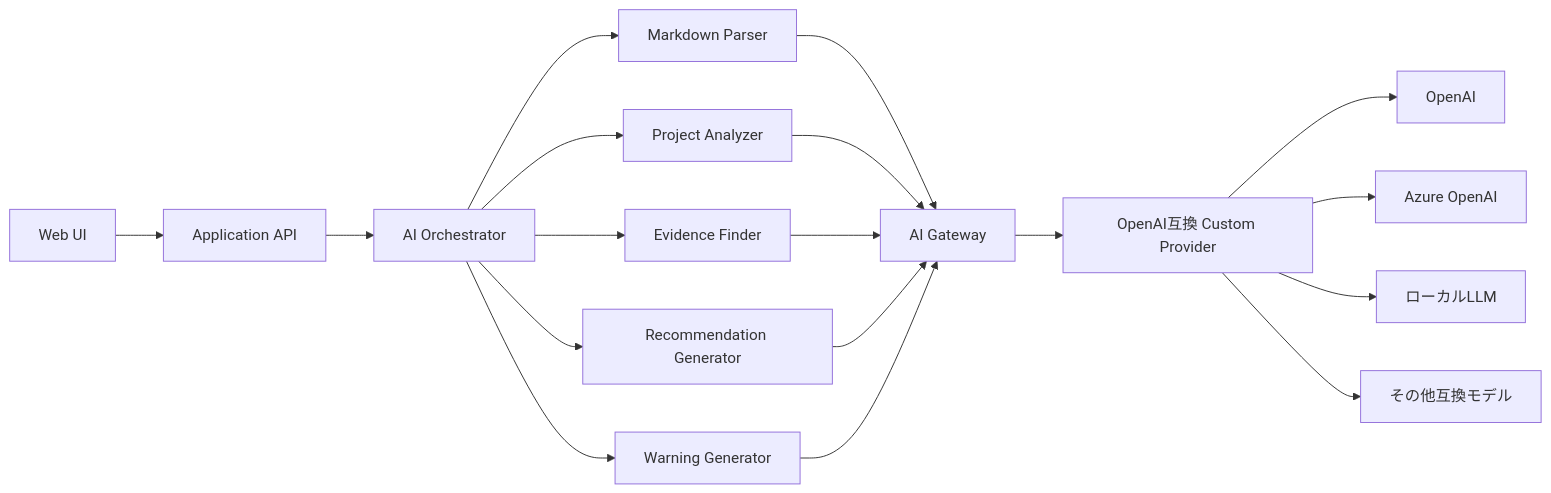
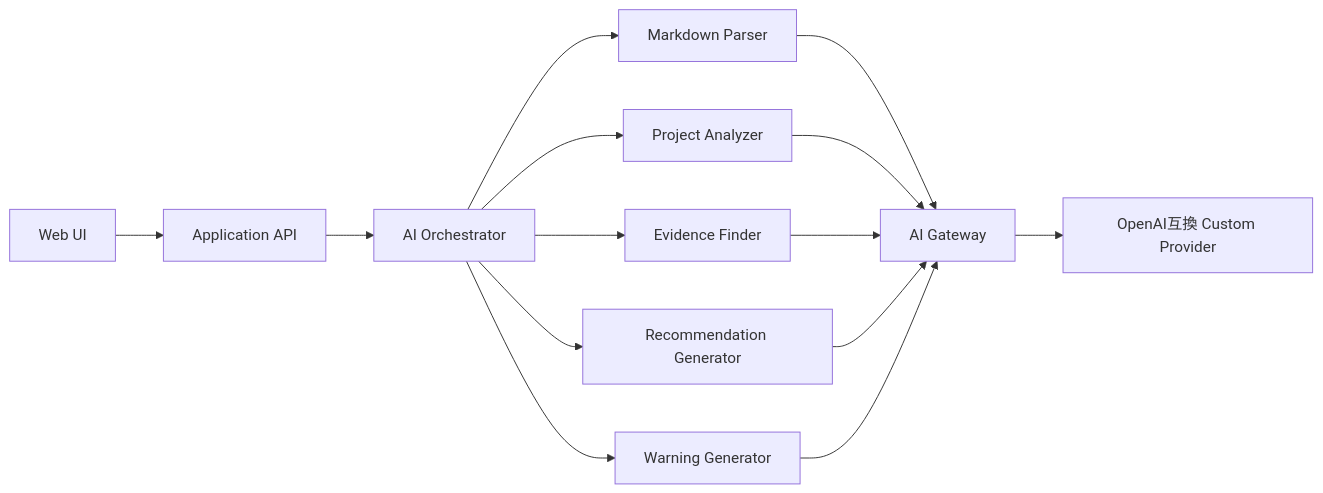
The diagram in designdoc/docs/08_ai_architecture.md (Kai17-a/recommendation-support-app), drawn with Mermaid before and after one commit. The commit also changed other lines of this file and 13 other files, not shown here.

````diff
--- a/designdoc/docs/08_ai_architecture.md
+++ b/designdoc/docs/08_ai_architecture.md
@@ -9,22 +7,16 @@
 ```mermaid
 flowchart LR
     UI[Web UI] --> API[Application API]
     API --> ORCH[AI Orchestrator]
     ORCH --> PARSER[Markdown Parser]
     ORCH --> ANALYZER[Project Analyzer]
     ORCH --> FINDER[Evidence Finder]
     ORCH --> GENERATOR[Recommendation Generator]
     ORCH --> WARNING[Warning Generator]
-
     PARSER --> GW[AI Gateway]
     ANALYZER --> GW
     FINDER --> GW
     GENERATOR --> GW
     WARNING --> GW
-
     GW --> PROVIDER[OpenAI互換 Custom Provider]
-    PROVIDER --> MODEL1[OpenAI]
-    PROVIDER --> MODEL2[Azure OpenAI]
-    PROVIDER --> MODEL3[ローカルLLM]
-    PROVIDER --> MODEL4[その他互換モデル]
 ```
````
